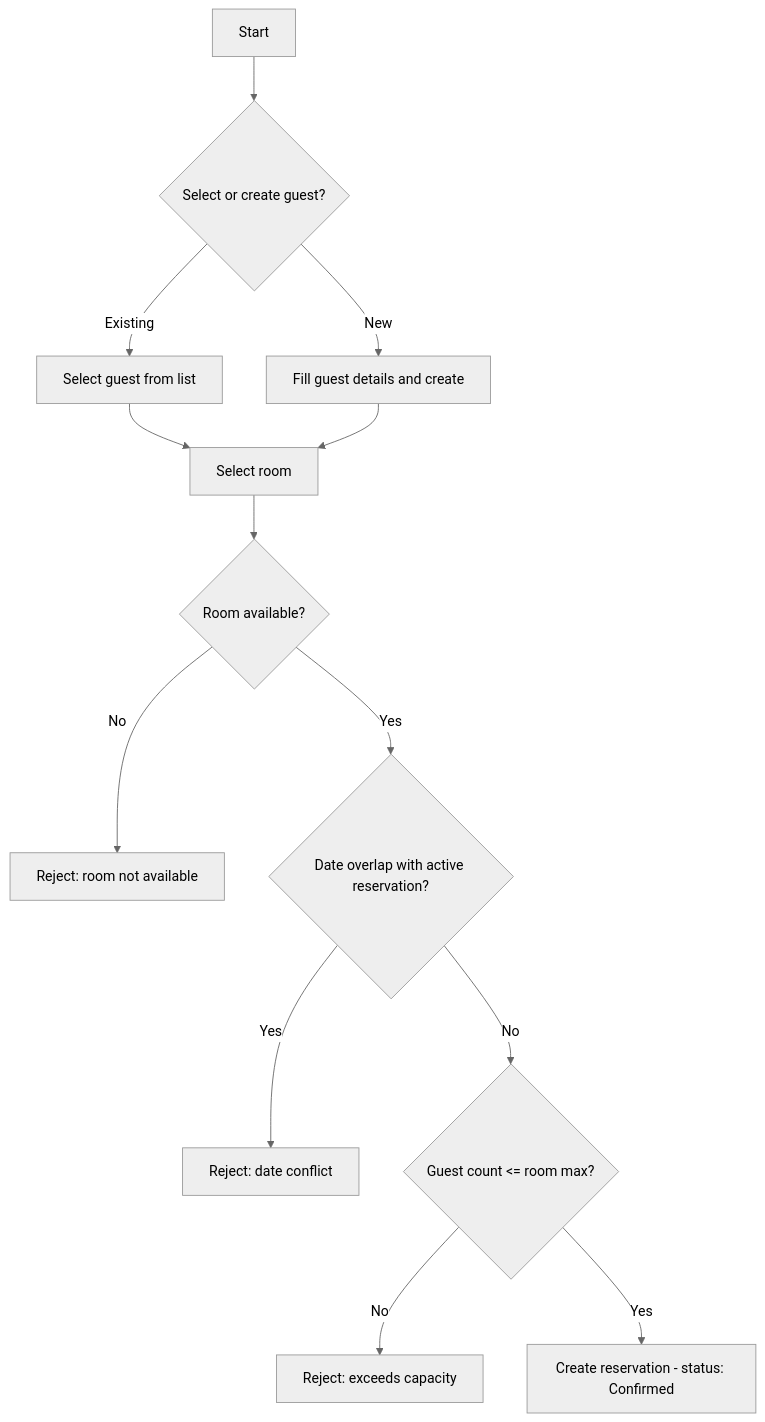
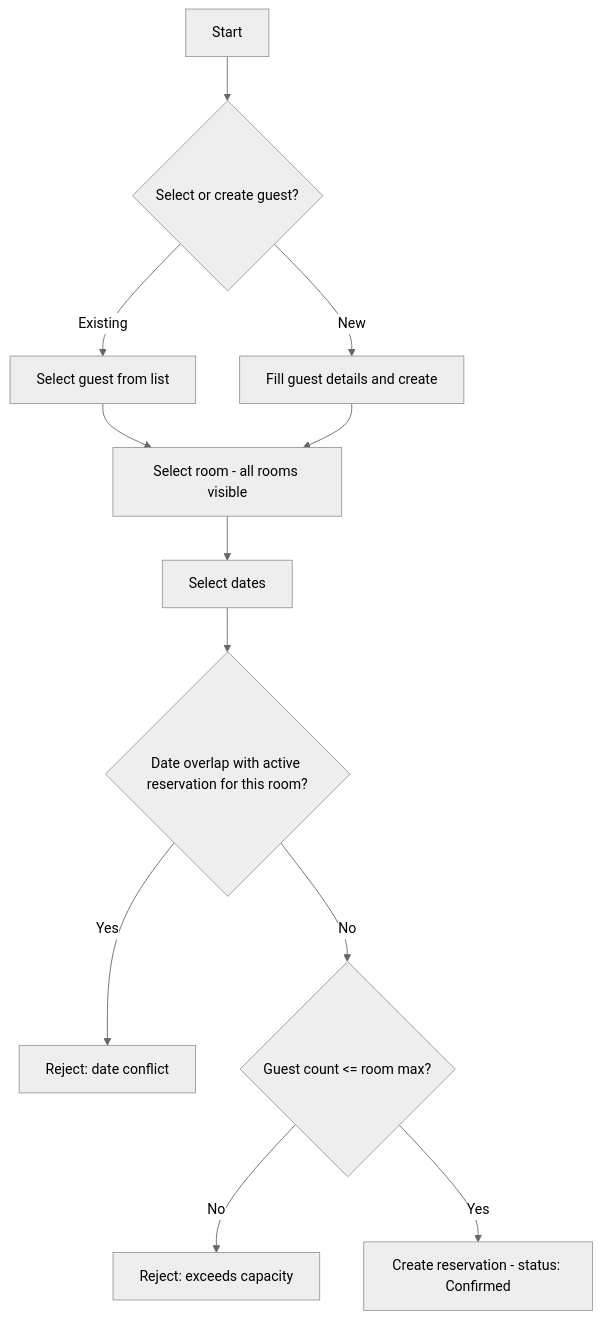
Before and after one commit to boyadzhievb/property-rental: the third of 6 diagrams in FLOWS.md, drawn with Mermaid (neutral theme). The commit also changed other lines of this file and 2 other files, not shown here.

Commit message:
Reservation modal fixes

````diff
--- a/FLOWS.md
+++ b/FLOWS.md
@@ -36,15 +36,14 @@
 ```mermaid
 flowchart TD
     A[Start] --> B{Select or create guest?}
     B -->|Existing| C[Select guest from list]
     B -->|New| D[Fill guest details and create]
-    C --> E[Select room]
+    C --> E[Select room - all rooms visible]
     D --> E
-    E --> F{Room available?}
-    F -->|No| G[Reject: room not available]
-    F -->|Yes| H{Date overlap with active reservation?}
-    H -->|Yes| I[Reject: date conflict]
-    H -->|No| J{Guest count <= room max?}
-    J -->|No| K[Reject: exceeds capacity]
-    J -->|Yes| L[Create reservation - status: Confirmed]
+    E --> F[Select dates]
+    F --> G{Date overlap with active reservation for this room?}
+    G -->|Yes| H[Reject: date conflict]
+    G -->|No| I{Guest count <= room max?}
+    I -->|No| J[Reject: exceeds capacity]
+    I -->|Yes| K[Create reservation - status: Confirmed]
 ```
````
